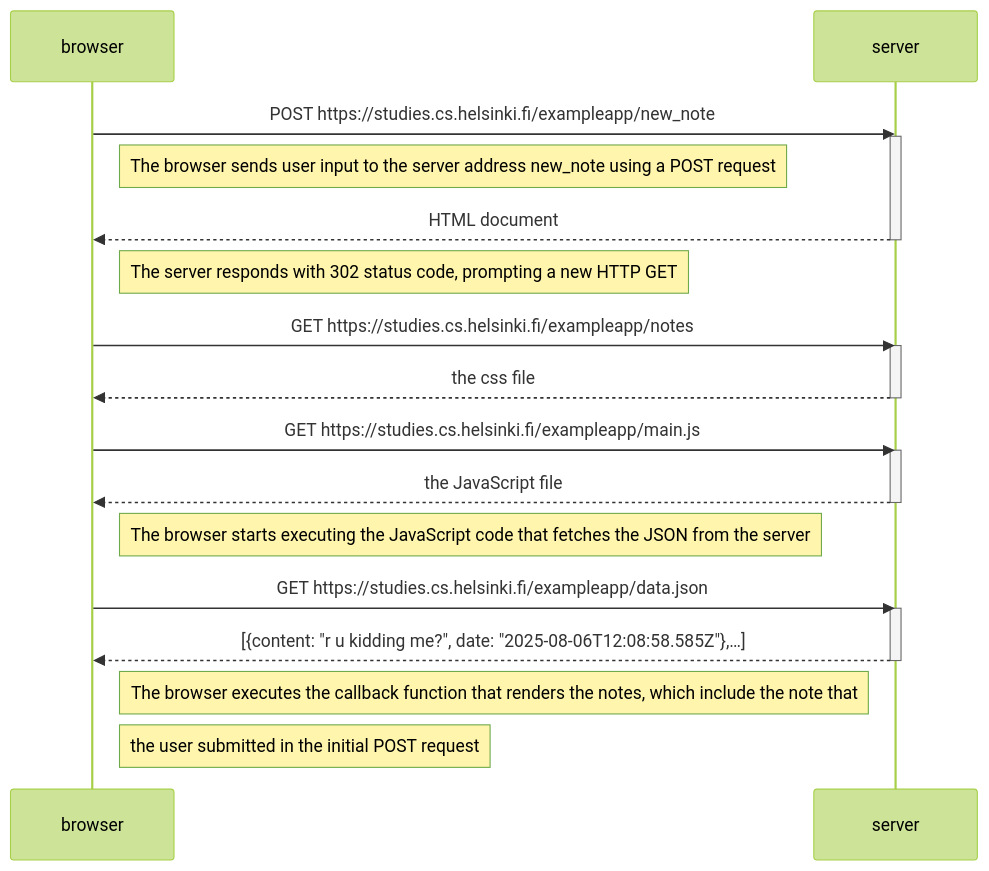
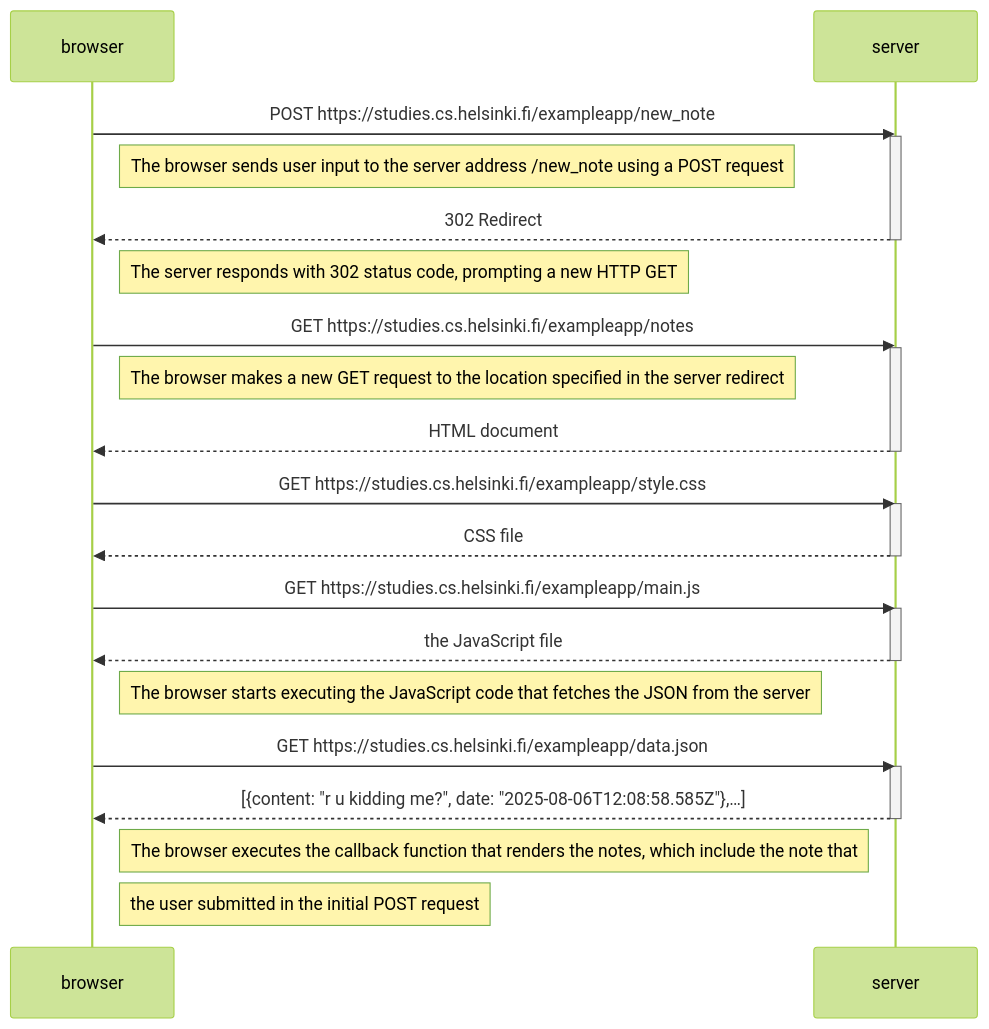
The diagram in part0/0.4:new-note-diagram/new-note-diagram.md (Dinokojt7/fullstackopen), drawn with Mermaid (forest theme) before and after one commit.

Commit message:
Add missing CSS fetch and restructure the diagram

````diff
--- a/part0/0.4:new-note-diagram/new-note-diagram.md
+++ b/part0/0.4:new-note-diagram/new-note-diagram.md
@@ -1,35 +1,43 @@
 ```mermaid
   sequenceDiagram;
     participant browser
     participant server
 
     browser->>server: POST https://studies.cs.helsinki.fi/exampleapp/new_note
     activate server
 
-    Note right of browser: The browser sends user input to the server address new_note using a POST request
+    Note right of browser: The browser sends user input to the server address /new_note using a POST request
 
-    server-->>browser: HTML document
+    server-->>browser: 302 Redirect
     deactivate server
 
     Note right of browser: The server responds with 302 status code, prompting a new HTTP GET
 
     browser->>server: GET https://studies.cs.helsinki.fi/exampleapp/notes
+     activate server
+
+    Note right of browser: The browser makes a new GET request to the location specified in the server redirect
+
+    server-->>browser: HTML document
+    deactivate server
+
+    browser->>server: GET https://studies.cs.helsinki.fi/exampleapp/style.css
     activate server
-    server-->>browser: the css file
+    server-->>browser: CSS file
     deactivate server
 
     browser->>server: GET https://studies.cs.helsinki.fi/exampleapp/main.js
     activate server
     server-->>browser: the JavaScript file
     deactivate server
 
     Note right of browser: The browser starts executing the JavaScript code that fetches the JSON from the server
 
     browser->>server: GET https://studies.cs.helsinki.fi/exampleapp/data.json
     activate server
     server-->>browser: [{content: "r u kidding me?", date: "2025-08-06T12:08:58.585Z"},…]
     deactivate server
 
     Note right of browser: The browser executes the callback function that renders the notes, which include the note that
     Note right of browser: the user submitted in the initial POST request
 ```
````
